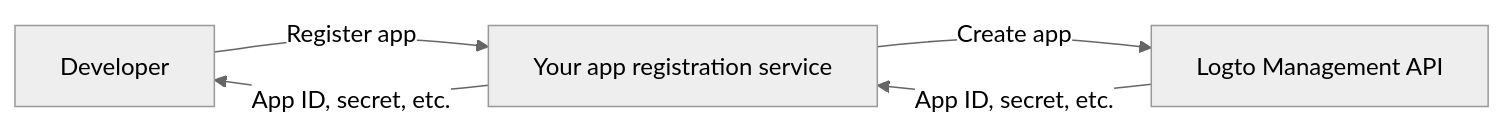
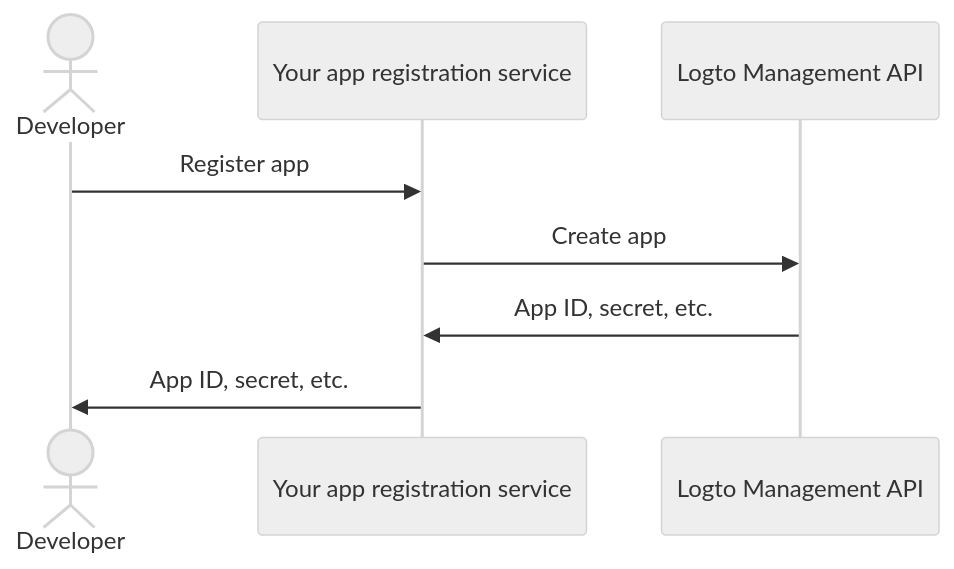
One commit to logto-io/docs changed the diagram in docs/use-cases/ai/mcp-server-enable-third-party-ai-agent-access.mdx. Above: the diagram before and after it, drawn with Mermaid (neutral theme). The commit also changed other lines of this file and 3 other files, not shown here.

````diff
--- a/docs/use-cases/ai/mcp-server-enable-third-party-ai-agent-access.mdx
+++ b/docs/use-cases/ai/mcp-server-enable-third-party-ai-agent-access.mdx
@@ -52,7 +78,10 @@
 ```mermaid
-flowchart LR
-  A[Developer] -->|Register app| B[Your app registration service]
-  B -->|Create app| C[Logto Management API]
-  C -->|App ID, secret, etc.| B
-  B -->|App ID, secret, etc.| A
+sequenceDiagram
+  actor Developer
+  participant Server as Your app registration service
+  participant Logto as Logto Management API
+  Developer->>Server: Register app
+  Server->>Logto: Create app
+  Logto->>Server: App ID, secret, etc.
+  Server->>Developer: App ID, secret, etc.
 ```
````
